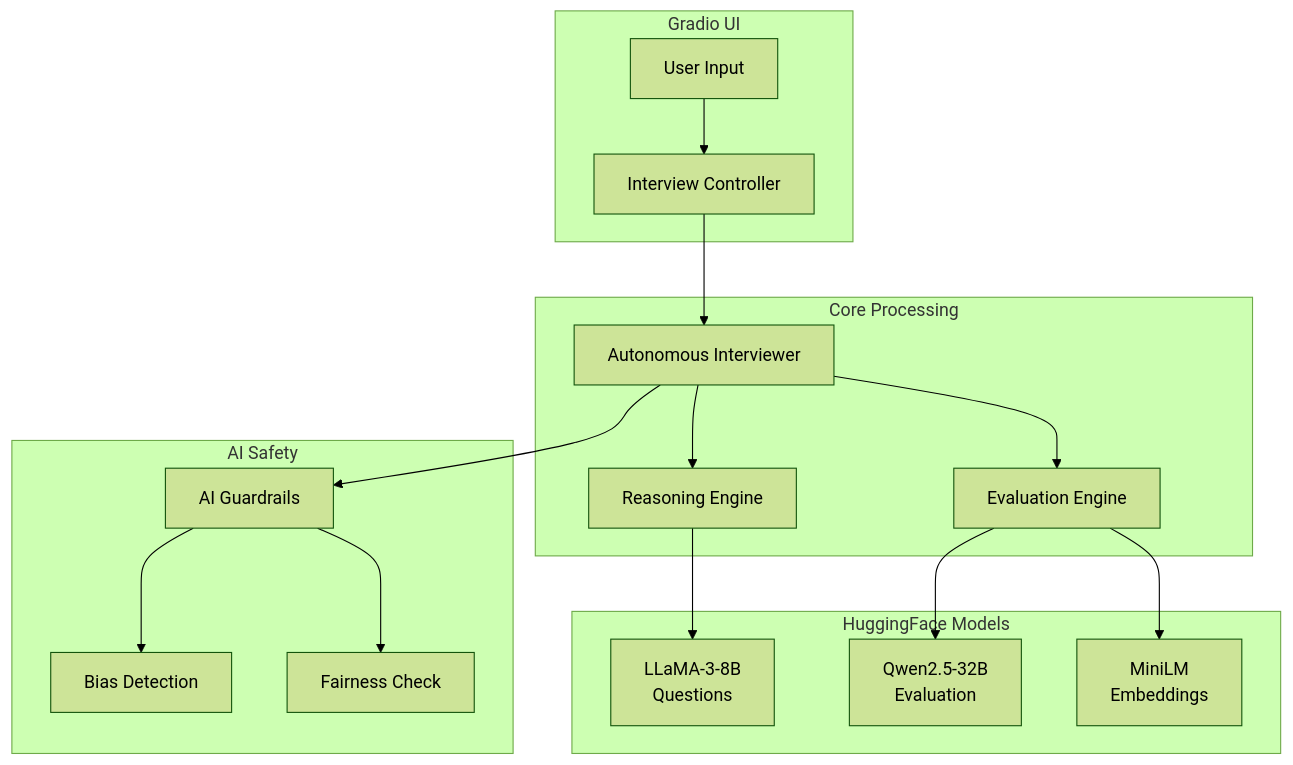
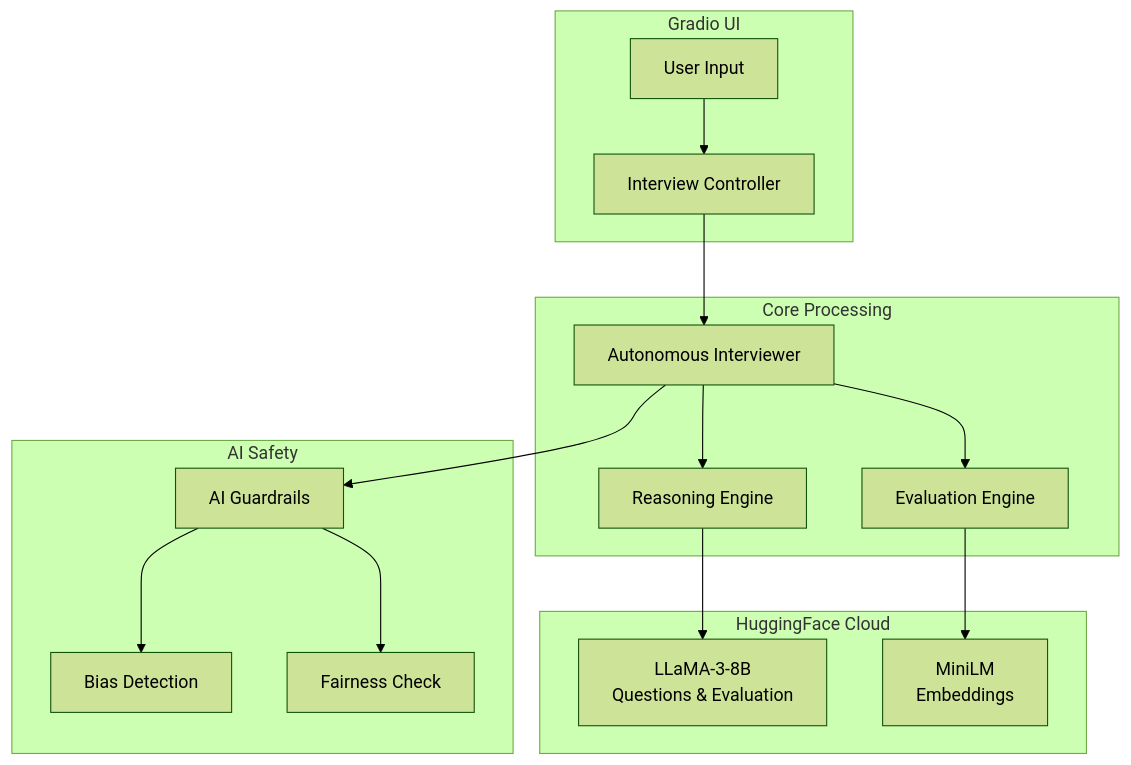
One commit to VIKAS9793/ai-interviewer-langchain changed the diagram in docs/ARCHITECTURE.md. Above: the diagram before and after it, drawn with Mermaid (forest theme). The commit also changed other lines of this file and 4 other files, not shown here.

````diff
--- a/docs/ARCHITECTURE.md
+++ b/docs/ARCHITECTURE.md
@@ -17,24 +17,23 @@
 ```mermaid
 flowchart TB
     subgraph UI["Gradio UI"]
         A[User Input] --> B[Interview Controller]
     end
     
     subgraph Core["Core Processing"]
         B --> C[Autonomous Interviewer]
         C --> D[Reasoning Engine]
         C --> E[Evaluation Engine]
     end
     
-    subgraph Models["HuggingFace Models"]
-        D --> F["LLaMA-3-8B<br/>Questions"]
-        E --> G["Qwen2.5-32B<br/>Evaluation"]
+    subgraph Models["HuggingFace Cloud"]
+        D --> F["LLaMA-3-8B<br/>Questions & Evaluation"]
         E --> H["MiniLM<br/>Embeddings"]
     end
     
     subgraph Safety["AI Safety"]
         C --> I[AI Guardrails]
         I --> J[Bias Detection]
         I --> K[Fairness Check]
     end
 ```
````
